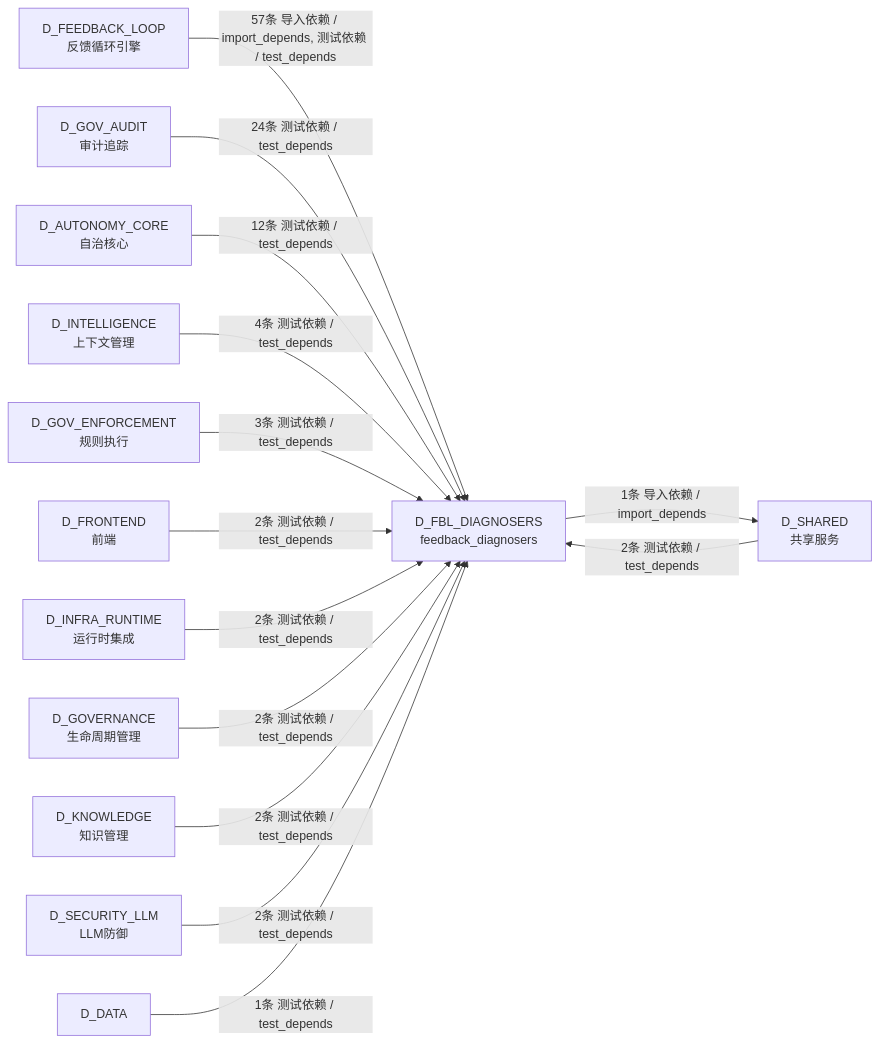
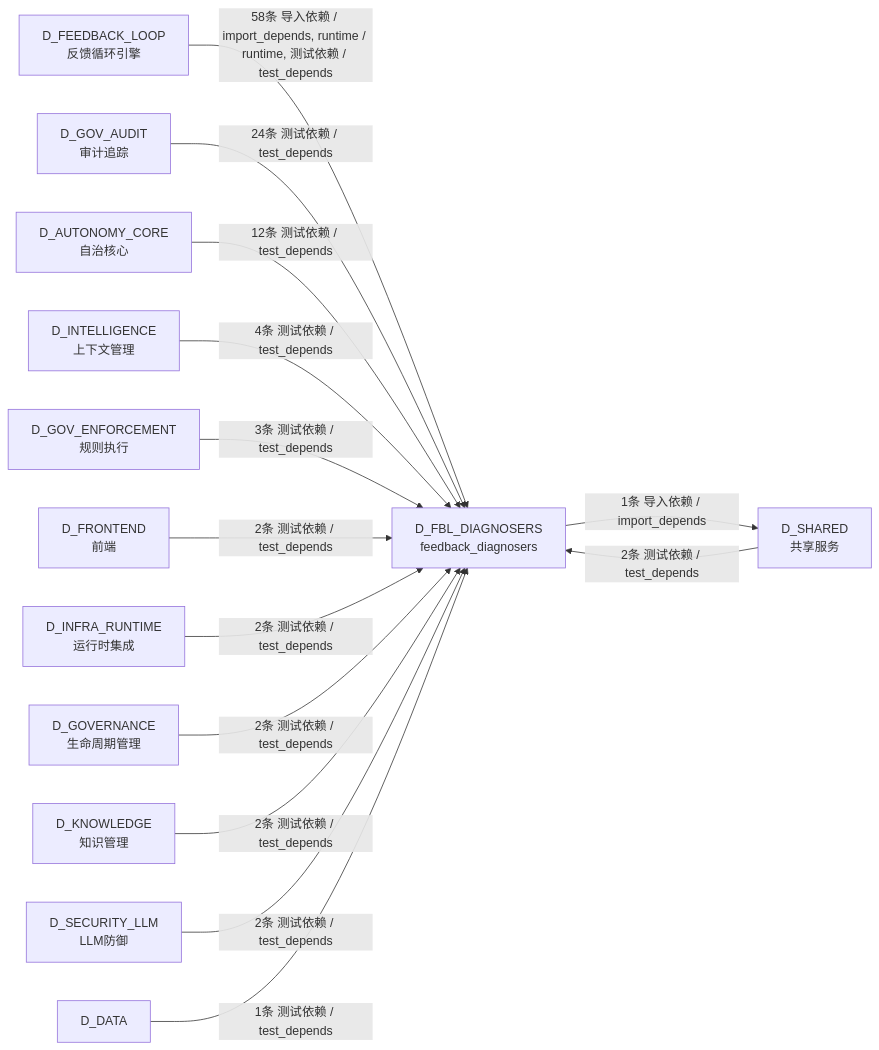
The sixth of 6 diagrams in docs/02_enterprise_architecture/02_domain_architecture_docs/12_d_fbl_diagnosers.md (xuanFelixVan/ZephyrAlpha), drawn with Mermaid before and after one commit. The commit also changed other lines of this file and 127 other files, not shown here.

First line of the commit message:
chore(docs): S2-2 refresh architecture docs after depgraph rebuild

````diff
--- a/docs/02_enterprise_architecture/02_domain_architecture_docs/12_d_fbl_diagnosers.md
+++ b/docs/02_enterprise_architecture/02_domain_architecture_docs/12_d_fbl_diagnosers.md
@@ -597,29 +599,29 @@
 ```mermaid
 graph LR
     D_FBL_DIAGNOSERS["D_FBL_DIAGNOSERS<br/>feedback_diagnosers"]
     D_SHARED["D_SHARED<br/>共享服务"]
     D_FEEDBACK_LOOP["D_FEEDBACK_LOOP<br/>反馈循环引擎"]
     D_GOV_AUDIT["D_GOV_AUDIT<br/>审计追踪"]
     D_AUTONOMY_CORE["D_AUTONOMY_CORE<br/>自治核心"]
     D_INTELLIGENCE["D_INTELLIGENCE<br/>上下文管理"]
     D_GOV_ENFORCEMENT["D_GOV_ENFORCEMENT<br/>规则执行"]
     D_FRONTEND["D_FRONTEND<br/>前端"]
     D_INFRA_RUNTIME["D_INFRA_RUNTIME<br/>运行时集成"]
     D_GOVERNANCE["D_GOVERNANCE<br/>生命周期管理"]
     D_KNOWLEDGE["D_KNOWLEDGE<br/>知识管理"]
     D_SECURITY_LLM["D_SECURITY_LLM<br/>LLM防御"]
     D_DATA["D_DATA"]
     D_FBL_DIAGNOSERS -->|1条 导入依赖 / import_depends| D_SHARED
-    D_FEEDBACK_LOOP -->|57条 导入依赖 / import_depends, 测试依赖 / test_depends| D_FBL_DIAGNOSERS
+    D_FEEDBACK_LOOP -->|58条 导入依赖 / import_depends, runtime / runtime, 测试依赖 / test_depends| D_FBL_DIAGNOSERS
     D_GOV_AUDIT -->|24条 测试依赖 / test_depends| D_FBL_DIAGNOSERS
     D_AUTONOMY_CORE -->|12条 测试依赖 / test_depends| D_FBL_DIAGNOSERS
     D_INTELLIGENCE -->|4条 测试依赖 / test_depends| D_FBL_DIAGNOSERS
     D_GOV_ENFORCEMENT -->|3条 测试依赖 / test_depends| D_FBL_DIAGNOSERS
     D_SHARED -->|2条 测试依赖 / test_depends| D_FBL_DIAGNOSERS
     D_FRONTEND -->|2条 测试依赖 / test_depends| D_FBL_DIAGNOSERS
     D_INFRA_RUNTIME -->|2条 测试依赖 / test_depends| D_FBL_DIAGNOSERS
     D_GOVERNANCE -->|2条 测试依赖 / test_depends| D_FBL_DIAGNOSERS
     D_KNOWLEDGE -->|2条 测试依赖 / test_depends| D_FBL_DIAGNOSERS
     D_SECURITY_LLM -->|2条 测试依赖 / test_depends| D_FBL_DIAGNOSERS
     D_DATA -->|1条 测试依赖 / test_depends| D_FBL_DIAGNOSERS
 ```
````
